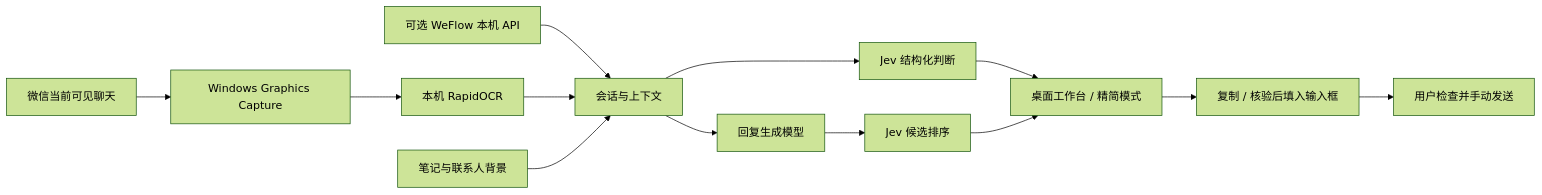
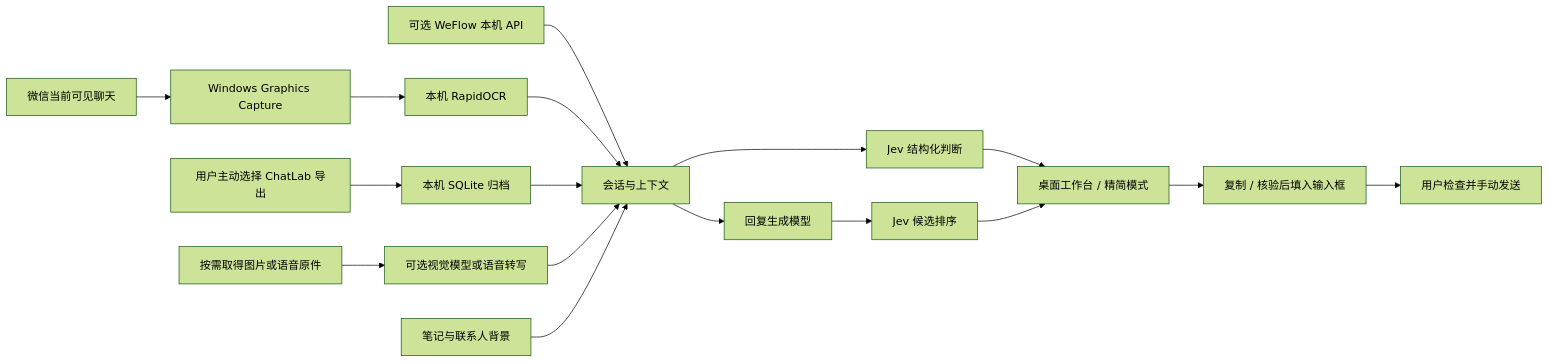
The diagram in README.md (DiscoveryH2/zhixian-wechat), drawn with Mermaid (forest theme) before and after one commit. The commit also changed other lines of this file and 37 other files, not shown here.

````diff
--- a/README.md
+++ b/README.md
@@ -74,15 +123,19 @@
 ```mermaid
 flowchart LR
     W[微信当前可见聊天] --> C[Windows Graphics Capture]
     C --> O[本机 RapidOCR]
     F[可选 WeFlow 本机 API] --> S[会话与上下文]
     O --> S
+    I[用户主动选择 ChatLab 导出] --> D[本机 SQLite 归档]
+    D --> S
+    M[按需取得图片或语音原件] --> V[可选视觉模型或语音转写]
+    V --> S
     N[笔记与联系人背景] --> S
     S --> J[Jev 结构化判断]
     S --> G[回复生成模型]
     G --> R[Jev 候选排序]
     J --> U[桌面工作台 / 精简模式]
     R --> U
     U --> P[复制 / 核验后填入输入框]
     P --> H[用户检查并手动发送]
 ```
````
